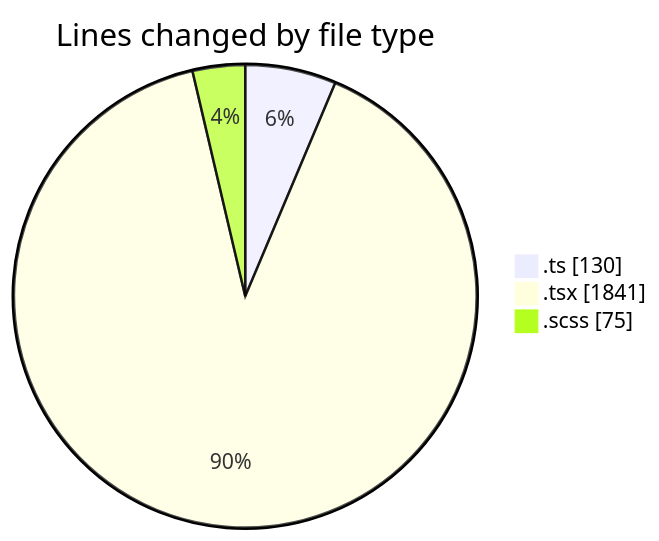
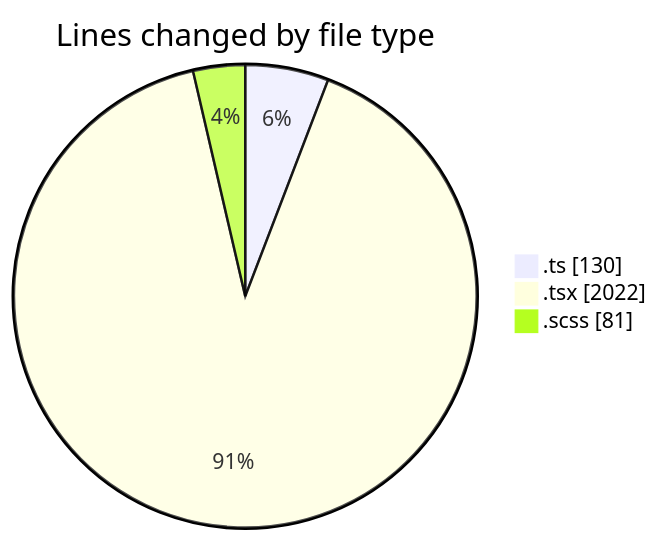
One commit to momahboobian/code-tracking changed the first of 2 diagrams in 2026-11-05/cda/README.md. Above: the diagram before and after it, drawn with Mermaid. The commit also changed other lines of this file and 1 other file, not shown here.

````diff
--- a/2026-11-05/cda/README.md
+++ b/2026-11-05/cda/README.md
@@ -27,7 +28,7 @@
 ```mermaid
 pie showData
 title Lines changed by file type
 ".ts" : 130
-".tsx" : 1841
-".scss" : 75
+".tsx" : 2022
+".scss" : 81
 ```
````
